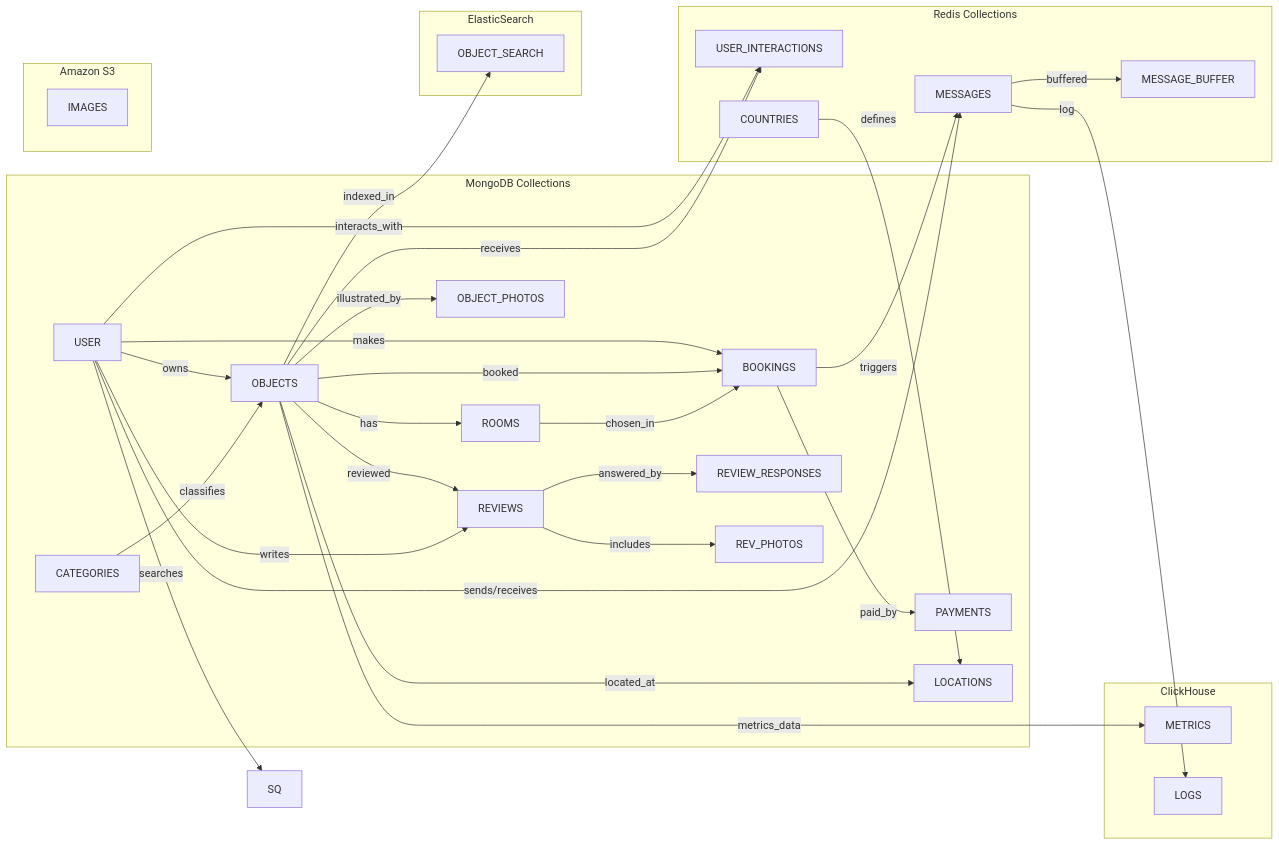
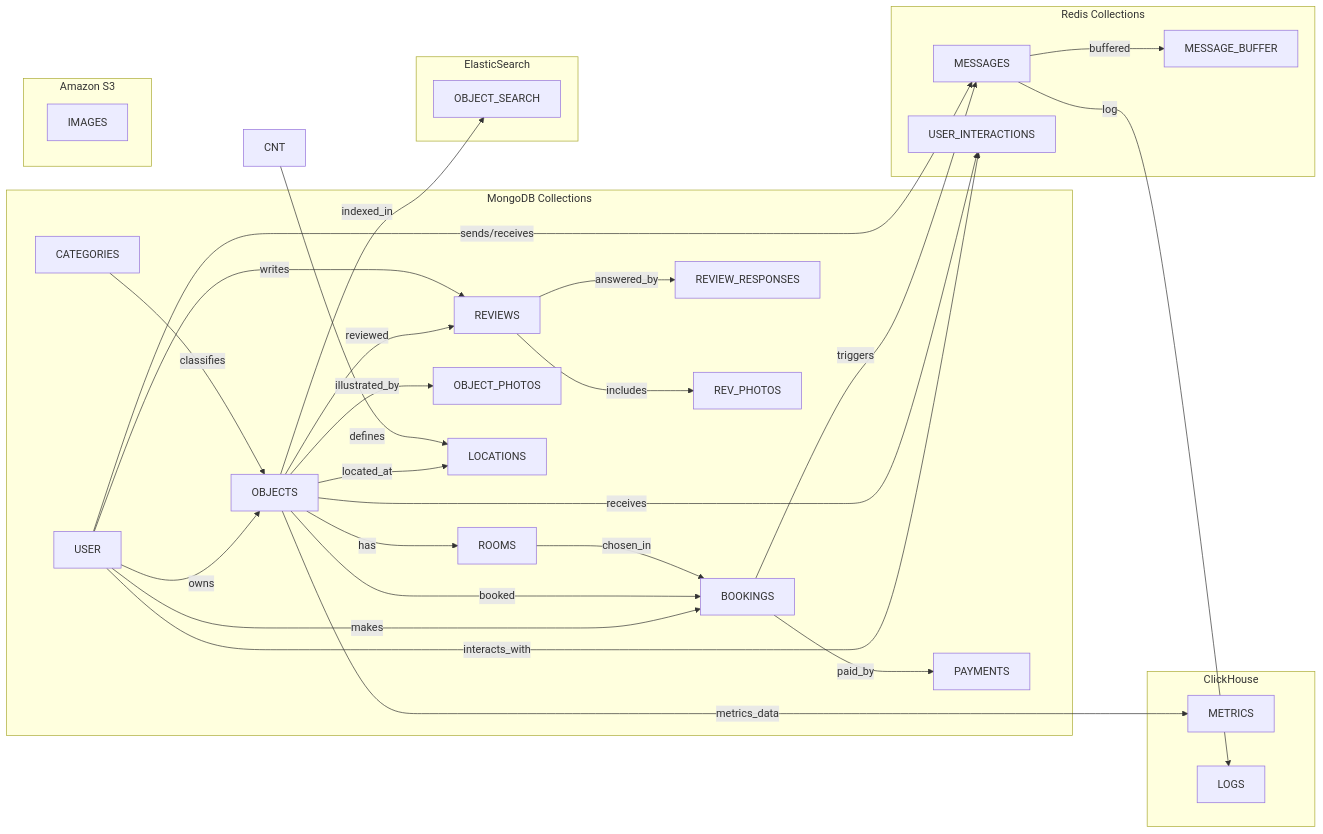
One commit to ksuysshaa/highload_booking changed the second of 2 diagrams in Readme.md. Above: the diagram before and after it, drawn with Mermaid.

Commit message:
upd Readme.md

````diff
--- a/Readme.md
+++ b/Readme.md
@@ -596,68 +596,66 @@
 ```mermaid
 flowchart LR
     %% MongoDB Collections
     subgraph MongoDB_Collections["MongoDB Collections"]
       U[USER]
       CAT[CATEGORIES]
       OBJ[OBJECTS]
       RM[ROOMS]
       BK[BOOKINGS]
       PY[PAYMENTS]
       RV[REVIEWS]
       RR[REVIEW_RESPONSES]
       RP[REV_PHOTOS]
       OP[OBJECT_PHOTOS]
       LOC[LOCATIONS]
     end
 
     %% Redis Collections
     subgraph Redis_Collections["Redis Collections"]
       MSG[MESSAGES]
       UI[USER_INTERACTIONS]
       MB[MESSAGE_BUFFER]
-      CNT[COUNTRIES]
     end
 
     %% ElasticSearch Collections
     subgraph ElasticSearch_Collections["ElasticSearch"]
       ES[OBJECT_SEARCH]
     end
 
     %% ClickHouse Collections
     subgraph ClickHouse_Collections["ClickHouse"]
       CH_METRICS[METRICS]
       CH_LOGS[LOGS]
     end
 
     %% Amazon S3 Collections
     subgraph S3_Collections["Amazon S3"]
       S3_IMAGES[IMAGES]
     end
 
     %% Основные связи между коллекциями
     U -- owns --> OBJ
     CAT -- classifies --> OBJ
     OBJ -- has --> RM
     U -- makes --> BK
     OBJ -- booked --> BK
     RM -- chosen_in --> BK
     BK -- paid_by --> PY
     OBJ -- reviewed --> RV
     U -- writes --> RV
     RV -- answered_by --> RR
     RV -- includes --> RP
     OBJ -- illustrated_by --> OP
     OBJ -- located_at --> LOC
     CNT -- defines --> LOC
     BK -- triggers --> MSG
     U -- sends/receives --> MSG
-    U -- searches --> SQ
     U -- interacts_with --> UI
     OBJ -- receives --> UI
     MSG -- buffered --> MB
 
     %% Дополнительные связи для ElasticSearch, ClickHouse и Amazon S3
     OBJ -- indexed_in --> ES
     OBJ -- metrics_data --> CH_METRICS
     MSG -- log --> CH_LOGS
 ```
````
